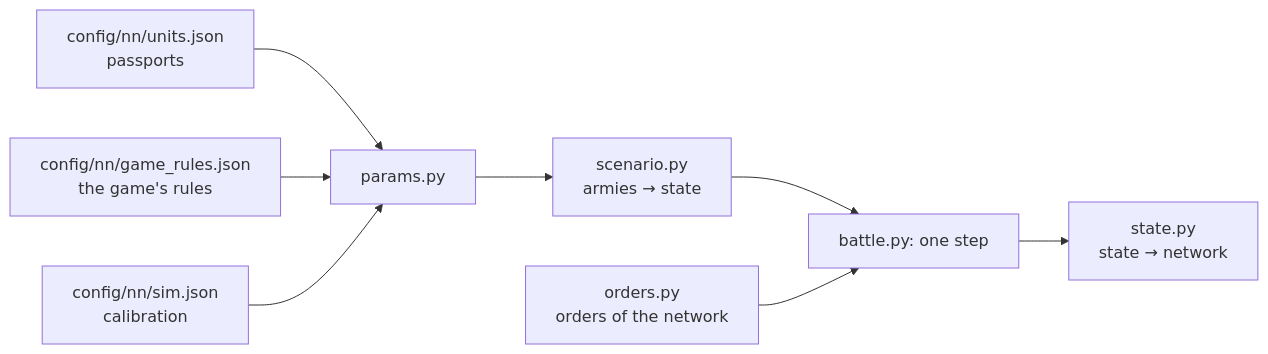
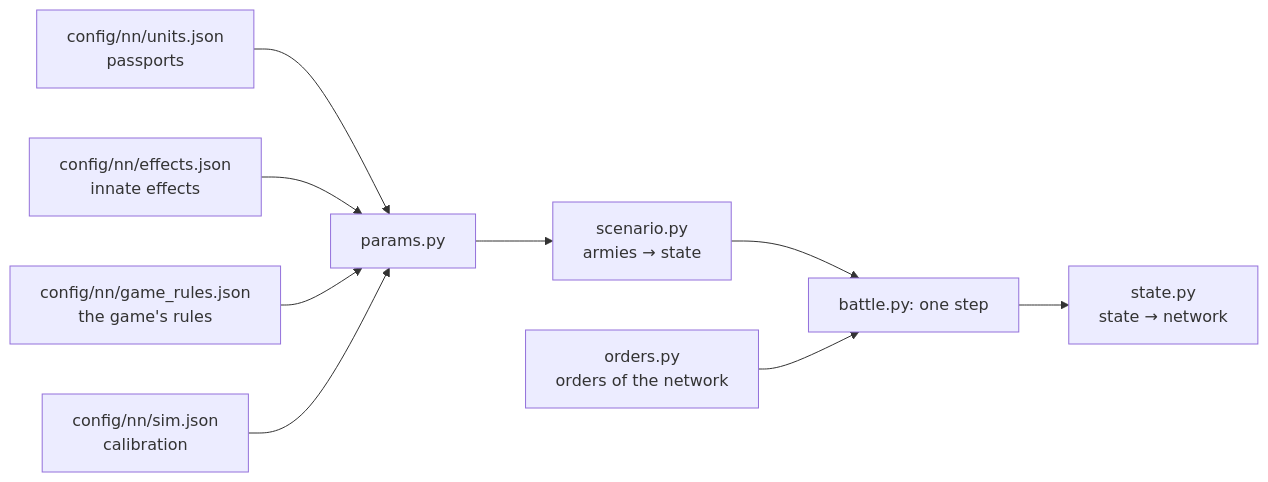
Before and after one commit to DimaZero7/TWW3-batle-ai: the diagram in docs/en/training/simulator.md, drawn with Mermaid. The commit also changed other lines of this file and 65 other files, not shown here.

First line of the commit message:
Cycle 3: innate effects system, Skaven slaves/shield clanrats/Night Runners, per-unit reward fix, rally and balance-of-power recording

````diff
--- a/docs/en/training/simulator.md
+++ b/docs/en/training/simulator.md
@@ -36,10 +36,11 @@
 ```mermaid
 flowchart LR
   pass["config/nn/units.json<br/>passports"] --> params["params.py"]
+  fx["config/nn/effects.json<br/>innate effects"] --> params
   rules["config/nn/game_rules.json<br/>the game's rules"] --> params
   cal["config/nn/sim.json<br/>calibration"] --> params
   params --> scen["scenario.py<br/>armies → state"]
   scen --> step["battle.py: one step"]
   orders["orders.py<br/>orders of the network"] --> step
   step --> obs["state.py<br/>state → network"]
 ```
````
